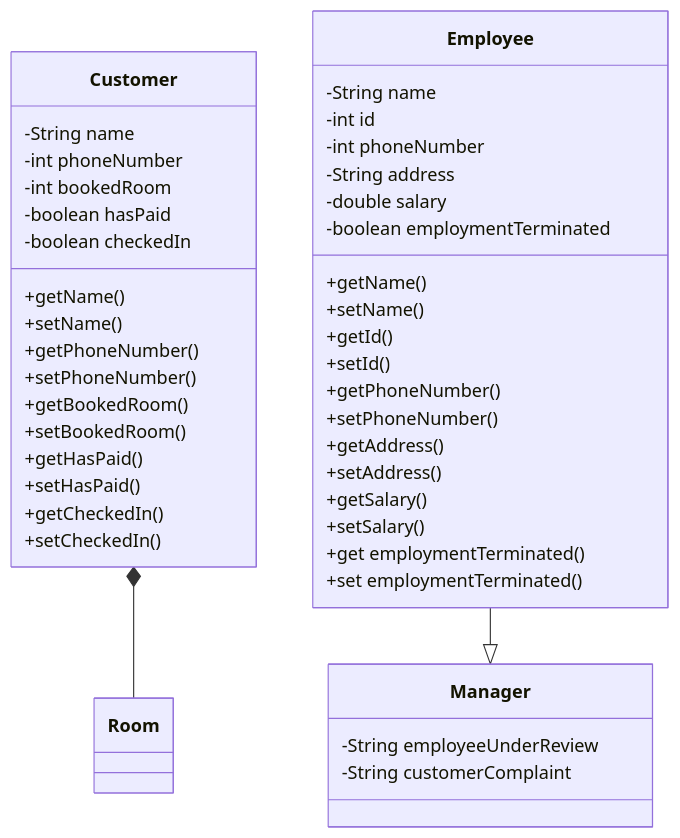
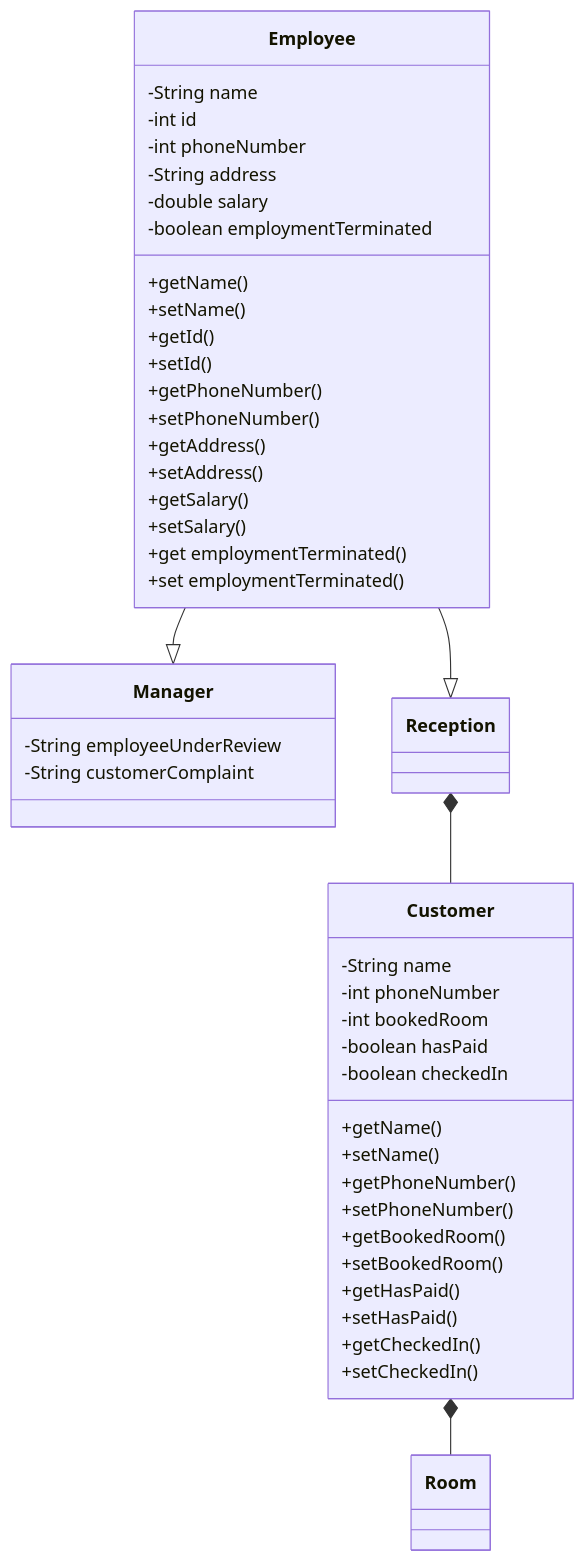
The diagram in wiki/wiki.md (roxashrb/2425-cc3-1e-project-team-and-jerry), drawn with Mermaid before and after one commit.

````diff
--- a/wiki/wiki.md
+++ b/wiki/wiki.md
@@ -1,50 +1,55 @@
 ```mermaid
 classDiagram
     Customer *-- Room
     class Customer {
         -String name
         -int phoneNumber
         -int bookedRoom
         -boolean hasPaid
         -boolean checkedIn
         +getName()
         +setName()
         +getPhoneNumber()
         +setPhoneNumber()
         +getBookedRoom()
         +setBookedRoom()
         +getHasPaid()
         +setHasPaid()
         +getCheckedIn()
         +setCheckedIn()
     }
 
     class Employee {
         -String name
         -int id
         -int phoneNumber
         -String address
         -double salary
         -boolean employmentTerminated
         +getName()
         +setName()
         +getId()
         +setId()
         +getPhoneNumber()
         +setPhoneNumber()
         +getAddress()
         +setAddress()
         +getSalary()
         +setSalary()
         +get employmentTerminated()
         +set employmentTerminated()
     }
 
     Employee --|> Manager
     class Manager {
         -String employeeUnderReview
         -String customerComplaint
     }
 
 
+    Employee --|> Reception
+    Reception *-- Customer
+    class Reception {
+        
+    }
 ```
````
